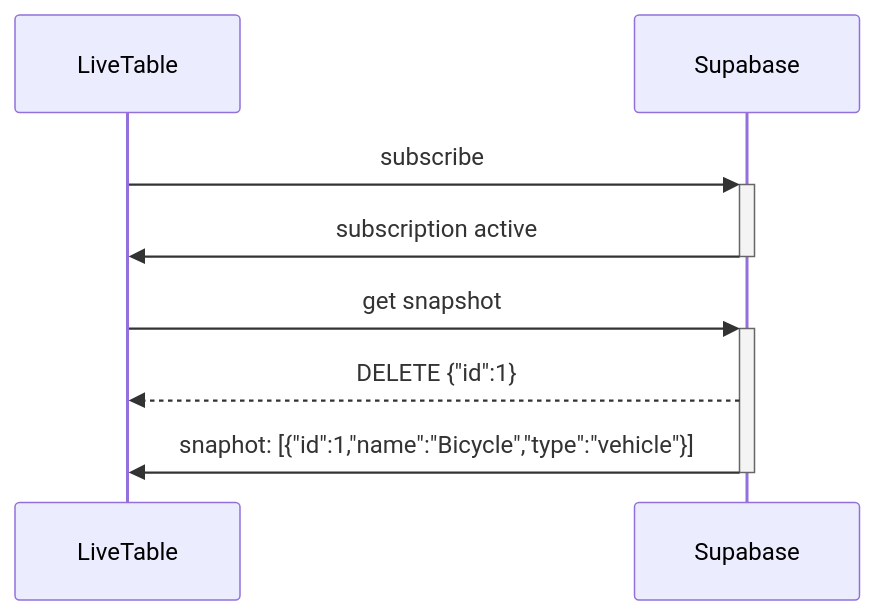
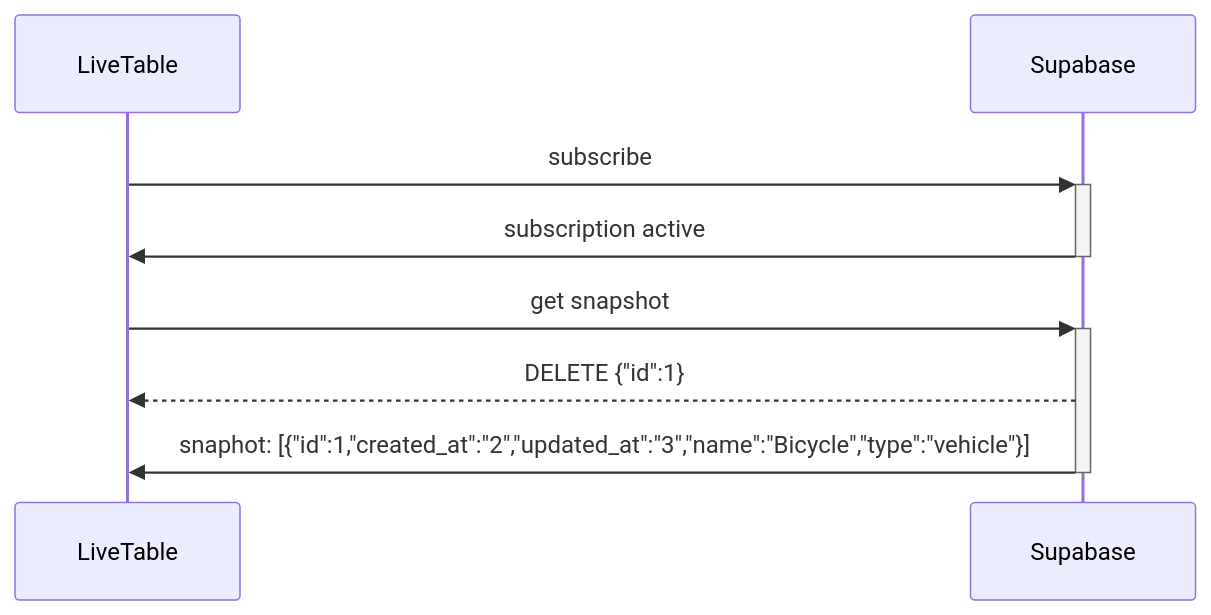
Before and after one commit to openartmarket/supabase-live-table: the diagram in docs/sequence-diagrams/skips-deletes-that-predate-the-snapshot.md, drawn with Mermaid. The commit also changed other lines of this file and 5 other files, not shown here.

````diff
--- a/docs/sequence-diagrams/skips-deletes-that-predate-the-snapshot.md
+++ b/docs/sequence-diagrams/skips-deletes-that-predate-the-snapshot.md
@@ -3,8 +3,8 @@
 ```mermaid
 sequenceDiagram
   LiveTable->>+Supabase: subscribe
   Supabase->>-LiveTable: subscription active
   LiveTable->>+Supabase: get snapshot
   Supabase-->>LiveTable: DELETE {"id":1}
-  Supabase->>-LiveTable: snaphot: [{"id":1,"name":"Bicycle","type":"vehicle"}]
+  Supabase->>-LiveTable: snaphot: [{"id":1,"created_at":"2","updated_at":"3","name":"Bicycle","type":"vehicle"}]
 ```
````
